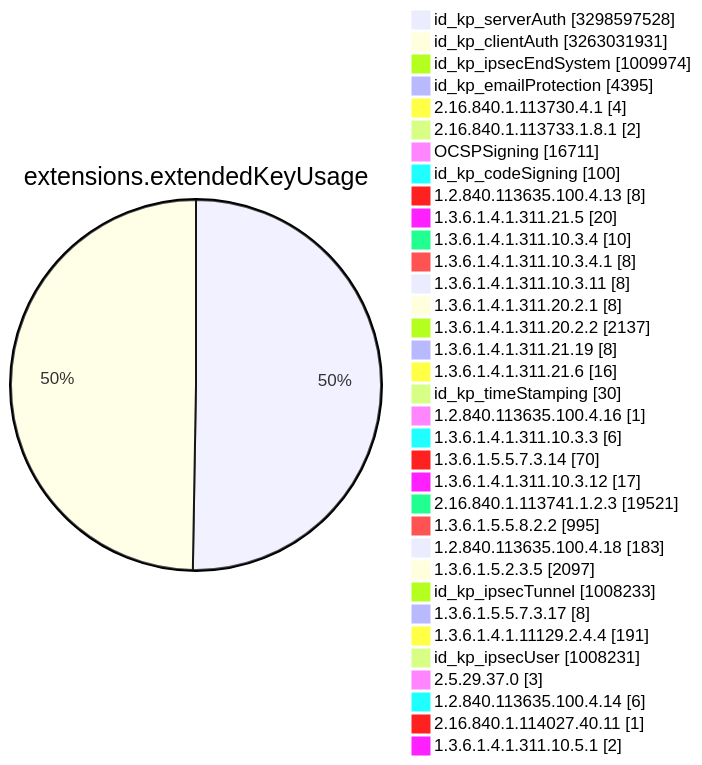
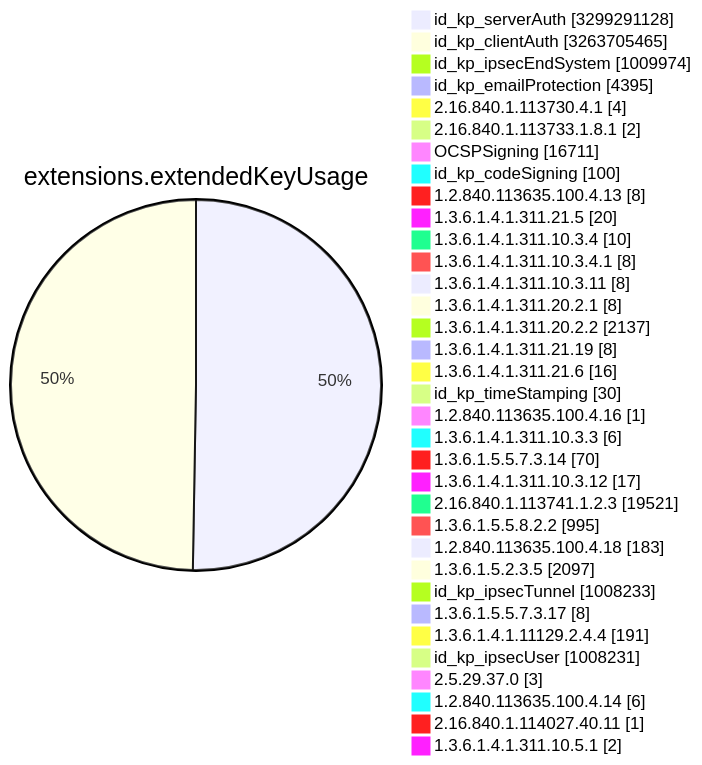
Before and after one commit to christiankrug/ctmonitor_visualization: diagram 11 of 15 in TOTAL/README.md, drawn with Mermaid. The commit also changed other lines of this file, not shown here.

````diff
--- a/TOTAL/README.md
+++ b/TOTAL/README.md
@@ -4120,38 +4120,38 @@
 ```mermaid
 pie showData
 title extensions.extendedKeyUsage
-"id_kp_serverAuth" :3298597528
-"id_kp_clientAuth" :3263031931
+"id_kp_serverAuth" :3299291128
+"id_kp_clientAuth" :3263705465
 "id_kp_ipsecEndSystem" :1009974
 "id_kp_emailProtection" :4395
 "2.16.840.1.113730.4.1" :4
 "2.16.840.1.113733.1.8.1" :2
 "OCSPSigning" :16711
 "id_kp_codeSigning" :100
 "1.2.840.113635.100.4.13" :8
 "1.3.6.1.4.1.311.21.5" :20
 "1.3.6.1.4.1.311.10.3.4" :10
 "1.3.6.1.4.1.311.10.3.4.1" :8
 "1.3.6.1.4.1.311.10.3.11" :8
 "1.3.6.1.4.1.311.20.2.1" :8
 "1.3.6.1.4.1.311.20.2.2" :2137
 "1.3.6.1.4.1.311.21.19" :8
 "1.3.6.1.4.1.311.21.6" :16
 "id_kp_timeStamping" :30
 "1.2.840.113635.100.4.16" :1
 "1.3.6.1.4.1.311.10.3.3" :6
 "1.3.6.1.5.5.7.3.14" :70
 "1.3.6.1.4.1.311.10.3.12" :17
 "2.16.840.1.113741.1.2.3" :19521
 "1.3.6.1.5.5.8.2.2" :995
 "1.2.840.113635.100.4.18" :183
 "1.3.6.1.5.2.3.5" :2097
 "id_kp_ipsecTunnel" :1008233
 "1.3.6.1.5.5.7.3.17" :8
 "1.3.6.1.4.1.11129.2.4.4" :191
 "id_kp_ipsecUser" :1008231
 "2.5.29.37.0" :3
 "1.2.840.113635.100.4.14" :6
 "2.16.840.1.114027.40.11" :1
 "1.3.6.1.4.1.311.10.5.1" :2
 ```
````
